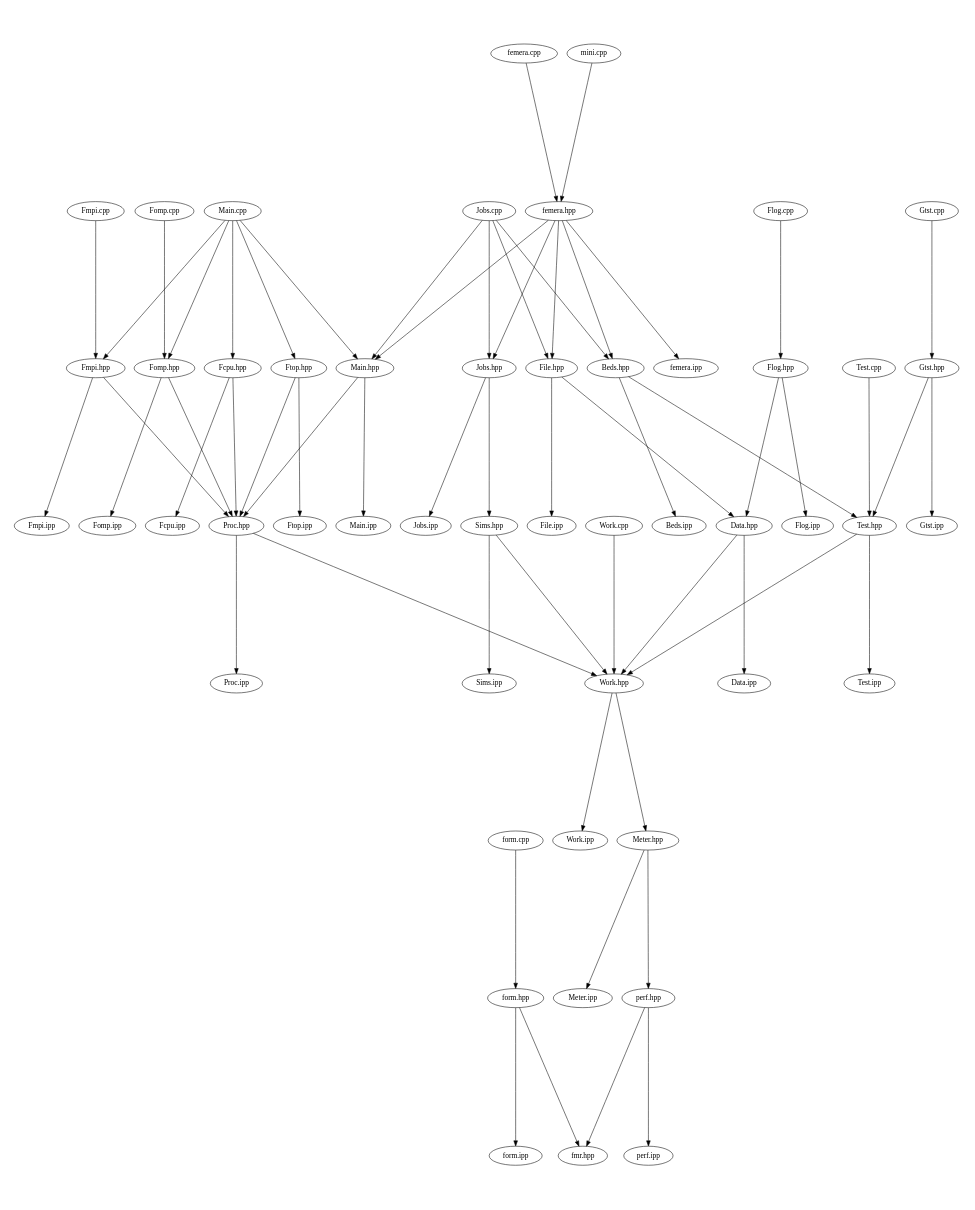
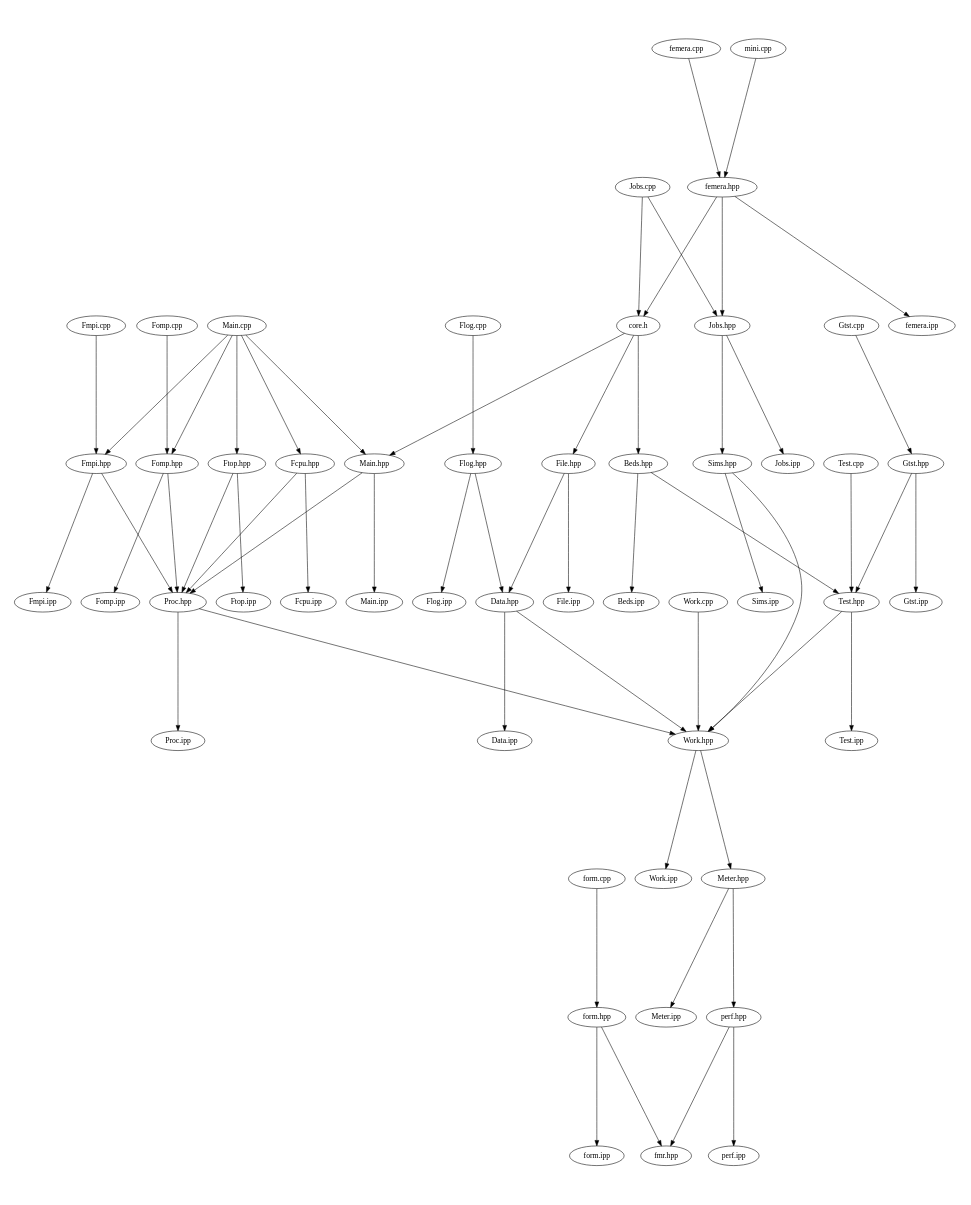
The diagram in src/docs/src-notest.dot (waggyz/femera-mini-app), drawn with Graphviz before and after one commit. The commit also changed 6 other files, not shown here.

```diff
--- a/src/docs/src-notest.dot
+++ b/src/docs/src-notest.dot
@@ -1,67 +1,66 @@
 digraph "source tree" {
     overlap=scale;
     size="8,10";
     ratio="fill";
     fontsize="16";
     fontname="Helvetica";
 	clusterrank="local";
 	"femera.hpp" -> "Jobs.hpp"
 	"Meter.hpp" -> "perf.hpp"
 	"Main.cpp" -> "Fomp.hpp"
 	"Sims.hpp" -> "Work.hpp"
 	"femera.cpp" -> "femera.hpp"
 	"Fmpi.hpp" -> "Fmpi.ipp"
 	"Sims.hpp" -> "Sims.ipp"
 	"Jobs.hpp" -> "Jobs.ipp"
 	"Fomp.cpp" -> "Fomp.hpp"
 	"Main.cpp" -> "Main.hpp"
 	"Proc.hpp" -> "Proc.ipp"
 	"Main.cpp" -> "Fmpi.hpp"
+	"core.h" -> "Main.hpp"
 	"Main.cpp" -> "Fcpu.hpp"
 	"Ftop.hpp" -> "Ftop.ipp"
 	"perf.hpp" -> "fmr.hpp"
 	"Data.hpp" -> "Data.ipp"
 	"Work.hpp" -> "Work.ipp"
 	"Main.cpp" -> "Ftop.hpp"
 	"Fmpi.hpp" -> "Proc.hpp"
 	"Test.hpp" -> "Work.hpp"
 	"form.hpp" -> "form.ipp"
 	"Gtst.cpp" -> "Gtst.hpp"
 	"femera.hpp" -> "femera.ipp"
-	"femera.hpp" -> "Main.hpp"
-	"Jobs.cpp" -> "File.hpp"
 	"Fcpu.hpp" -> "Proc.hpp"
 	"Fomp.hpp" -> "Proc.hpp"
-	"femera.hpp" -> "File.hpp"
 	"Flog.hpp" -> "Data.hpp"
 	"File.hpp" -> "File.ipp"
 	"Meter.hpp" -> "Meter.ipp"
+	"core.h" -> "File.hpp"
 	"Fomp.hpp" -> "Fomp.ipp"
 	"Gtst.hpp" -> "Gtst.ipp"
-	"Jobs.cpp" -> "Beds.hpp"
 	"form.cpp" -> "form.hpp"
-	"Jobs.cpp" -> "Main.hpp"
 	"perf.hpp" -> "perf.ipp"
 	"Fmpi.cpp" -> "Fmpi.hpp"
+	"core.h" -> "Beds.hpp"
 	"Fcpu.hpp" -> "Fcpu.ipp"
 	"Work.cpp" -> "Work.hpp"
 	"Main.hpp" -> "Main.ipp"
 	"Test.cpp" -> "Test.hpp"
-	"femera.hpp" -> "Beds.hpp"
 	"Jobs.hpp" -> "Sims.hpp"
 	"Jobs.cpp" -> "Jobs.hpp"
 	"Ftop.hpp" -> "Proc.hpp"
 	"File.hpp" -> "Data.hpp"
 	"mini.cpp" -> "femera.hpp"
 	"Beds.hpp" -> "Test.hpp"
 	"Proc.hpp" -> "Work.hpp"
 	"form.hpp" -> "fmr.hpp"
 	"Gtst.hpp" -> "Test.hpp"
 	"Flog.cpp" -> "Flog.hpp"
 	"Data.hpp" -> "Work.hpp"
 	"Beds.hpp" -> "Beds.ipp"
+	"femera.hpp" -> "core.h"
+	"Jobs.cpp" -> "core.h"
 	"Work.hpp" -> "Meter.hpp"
 	"Main.hpp" -> "Proc.hpp"
 	"Flog.hpp" -> "Flog.ipp"
 	"Test.hpp" -> "Test.ipp"
 }
```
